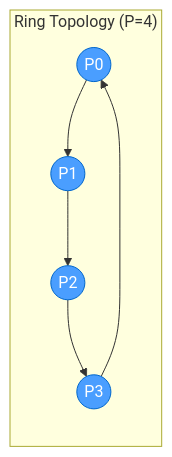
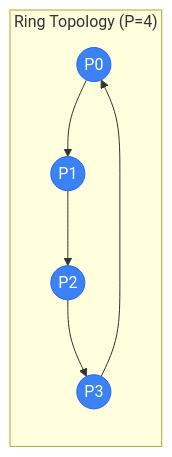
Before and after one commit to ttsugriy/distributed-training-book: the first of 4 diagrams in docs/collectives/12-ring-tree-algorithms.md, drawn with Mermaid. The commit also changed 2 other files, not shown here.

Commit message:
Improve Mermaid diagram styling
- Add CSS to replace gray subgraph backgrounds with subtle blue tints
- Add light/dark mode support for Mermaid elements
- Update harsh blue (#4a9eff) to softer blue (#3b82f6) matching theme
- Improve node stroke widths and edge styling

````diff
--- a/docs/collectives/12-ring-tree-algorithms.md
+++ b/docs/collectives/12-ring-tree-algorithms.md
@@ -40,14 +40,14 @@
 ```mermaid
 flowchart LR
     subgraph ring["Ring Topology (P=4)"]
         P0((P0)) --> P1((P1))
         P1 --> P2((P2))
         P2 --> P3((P3))
         P3 --> P0
     end
 
-    style P0 fill:#4a9eff,stroke:#0066cc,color:white
-    style P1 fill:#4a9eff,stroke:#0066cc,color:white
-    style P2 fill:#4a9eff,stroke:#0066cc,color:white
-    style P3 fill:#4a9eff,stroke:#0066cc,color:white
+    style P0 fill:#3b82f6,stroke:#2563eb,color:white
+    style P1 fill:#3b82f6,stroke:#2563eb,color:white
+    style P2 fill:#3b82f6,stroke:#2563eb,color:white
+    style P3 fill:#3b82f6,stroke:#2563eb,color:white
 ```
````
